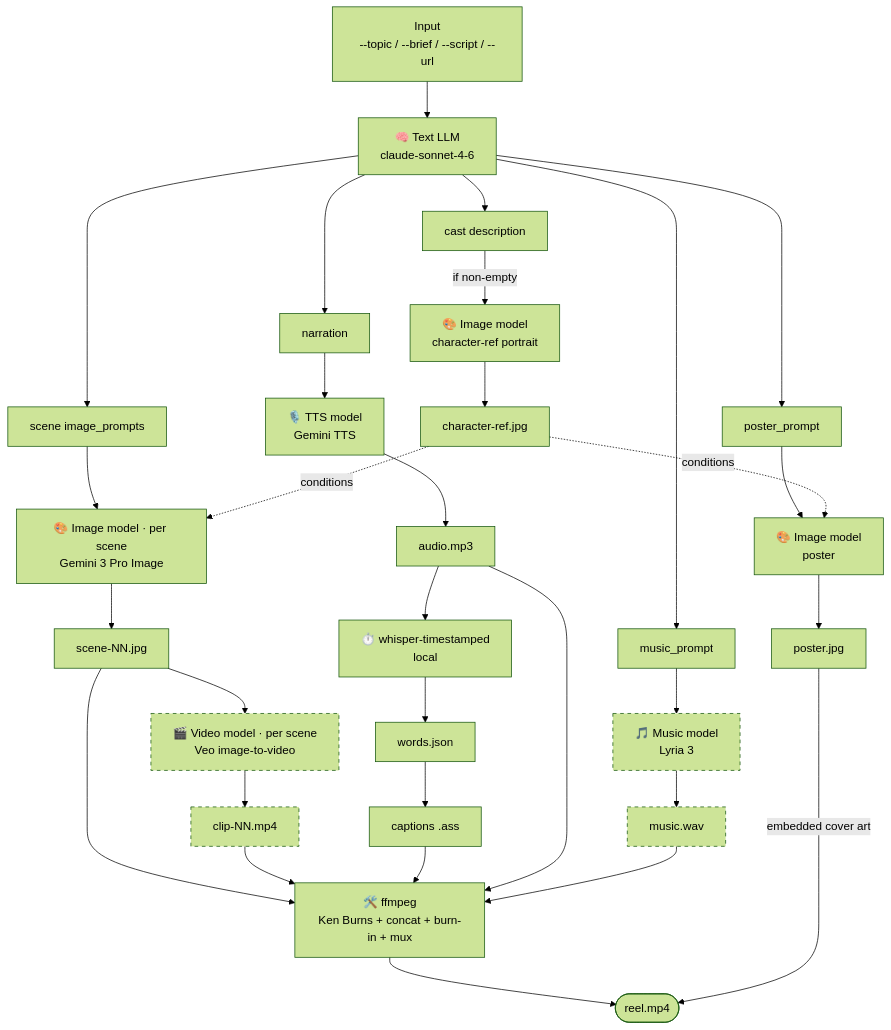
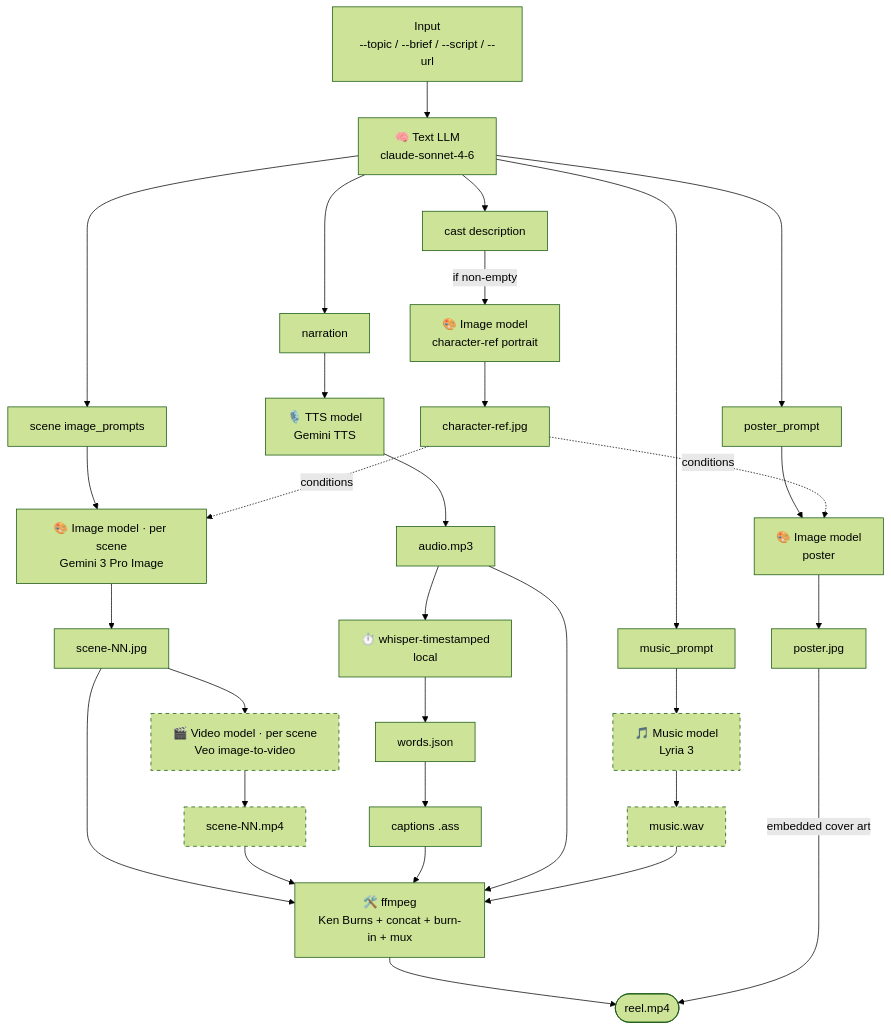
One commit to spunkytensor/reel-maestro changed the second of 2 diagrams in README.md. Above: the diagram before and after it, drawn with Mermaid (forest theme). The commit also changed other lines of this file and 14 other files, not shown here.

````diff
--- a/README.md
+++ b/README.md
@@ -480,52 +541,52 @@
 ```mermaid
 flowchart TD
     input["Input<br/>--topic / --brief / --script / --url"] --> textLLM["🧠 Text LLM<br/>claude-sonnet-4-6"]
 
     textLLM --> narration["narration"]
     textLLM --> scenePrompts["scene image_prompts"]
     textLLM --> posterPrompt["poster_prompt"]
     textLLM --> musicPrompt["music_prompt"]
     textLLM --> cast["cast description"]
 
     %% Character-consistency portrait
     cast -->|"if non-empty"| charImg["🎨 Image model<br/>character-ref portrait"]
     charImg --> charRef["character-ref.jpg"]
 
     %% Per-scene images
     scenePrompts --> sceneImg["🎨 Image model · per scene<br/>Gemini 3 Pro Image"]
     charRef -.->|conditions| sceneImg
     sceneImg --> stills["scene-NN.jpg"]
 
     %% Custom poster
     posterPrompt --> posterImg["🎨 Image model<br/>poster"]
     charRef -.->|conditions| posterImg
     posterImg --> poster["poster.jpg"]
 
     %% Narration audio
     narration --> tts["🎙️ TTS model<br/>Gemini TTS"]
     tts --> audio["audio.mp3"]
 
     %% Captions — local, not an AI/OpenRouter call
     audio --> whisper["⏱️ whisper-timestamped<br/>local"]
     whisper --> words["words.json"] --> captions["captions .ass"]
 
     %% Optional soundtrack
     musicPrompt --> music["🎵 Music model<br/>Lyria 3"]
     music --> musicFile["music.wav"]
 
     %% Optional AI video clips
     stills --> veo["🎬 Video model · per scene<br/>Veo image-to-video"]
-    veo --> clips["clip-NN.mp4"]
+    veo --> clips["scene-NN.mp4"]
 
     %% Final assembly
     stills --> mux["🛠️ ffmpeg<br/>Ken Burns + concat + burn-in + mux"]
     clips --> mux
     captions --> mux
     audio --> mux
     musicFile --> mux
     mux --> reel(["reel.mp4"])
     poster -->|embedded cover art| reel
 
     classDef optional stroke-dasharray: 5 5;
     class music,musicFile,veo,clips optional;
 ```
````
